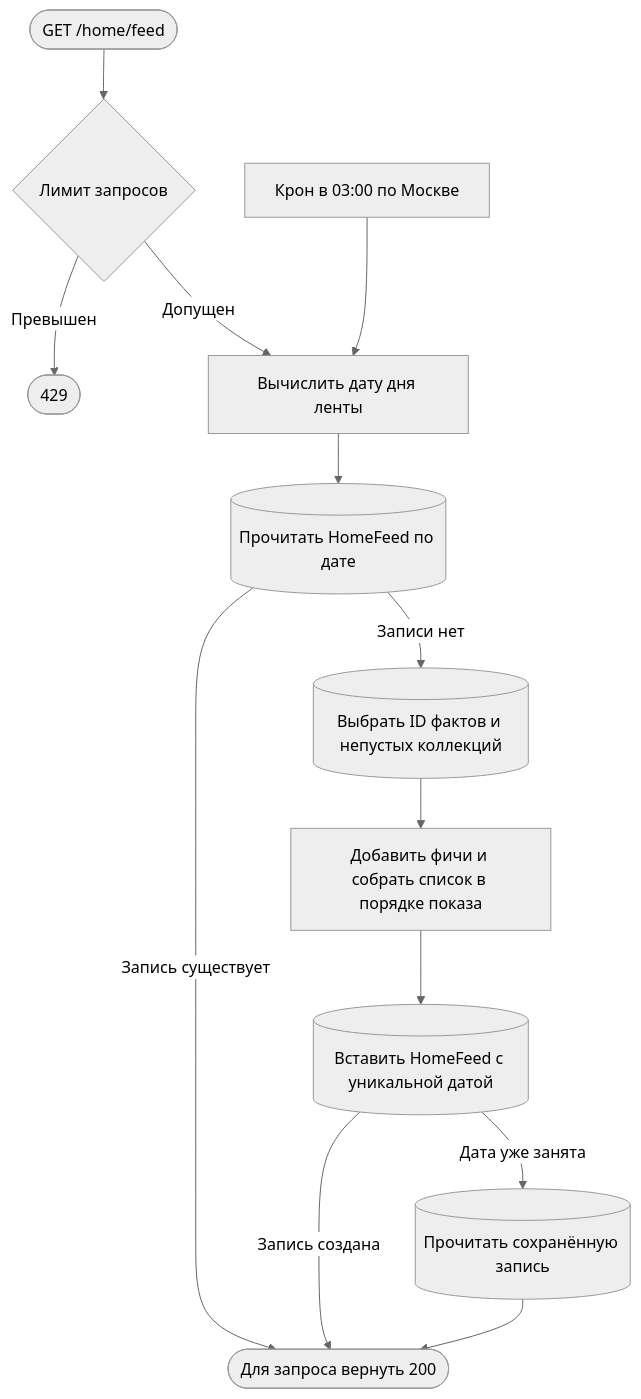
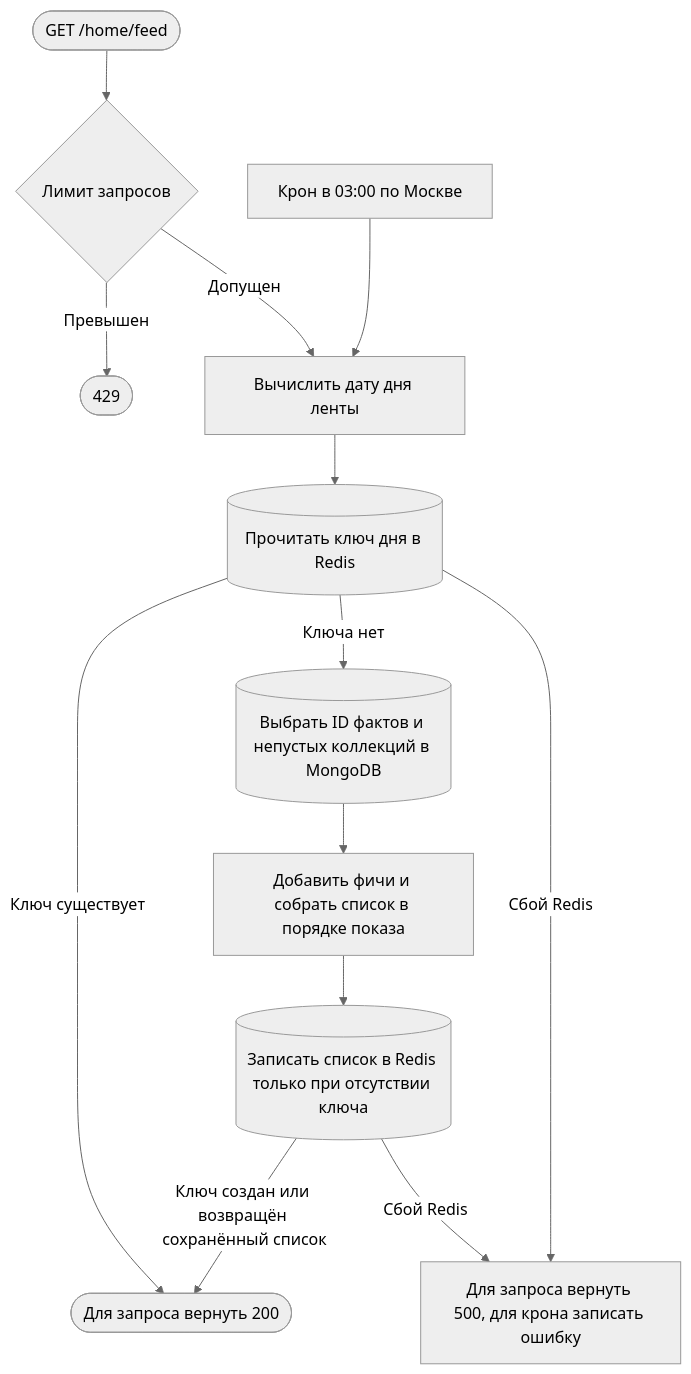
One commit to AmyGrooove/f95-tinder changed the first of 6 diagrams in apps/api/public/docs/api/requestFlows/catalog.md. Above: the diagram before and after it, drawn with Mermaid (neutral theme). The commit also changed other lines of this file and 187 other files, not shown here.

````diff
--- a/apps/api/public/docs/api/requestFlows/catalog.md
+++ b/apps/api/public/docs/api/requestFlows/catalog.md
@@ -20,17 +20,17 @@
 ```mermaid
 flowchart TD
     accTitle: Подготовка и чтение дневной ленты
-    accDescr: Крон и запрос читают запись по дате. При её отсутствии выборка сохраняется один раз.
+    accDescr: Крон и запрос читают ключ Redis по дате. При отсутствии ключа Redis сохраняет первый список или возвращает уже сохранённый.
     A(["GET /home/feed"]):::http --> G{"Лимит запросов"}:::action
     G -->|Превышен| L(["429"]):::http
     G -->|Допущен| B["Вычислить дату дня ленты"]:::action
     C["Крон в 03:00 по Москве"]:::action --> B
-    B --> D[("Прочитать HomeFeed по дате")]:::data
-    D -->|Запись существует| R(["Для запроса вернуть 200"]):::http
-    D -->|Записи нет| E[("Выбрать ID фактов и непустых коллекций")]:::data
+    B --> D[("Прочитать ключ дня в Redis")]:::data
+    D -->|Ключ существует| R(["Для запроса вернуть 200"]):::http
+    D -->|Ключа нет| E[("Выбрать ID фактов и непустых коллекций в MongoDB")]:::data
     E --> F["Добавить фичи и собрать список в порядке показа"]:::action
-    F --> H[("Вставить HomeFeed с уникальной датой")]:::data
-    H -->|Запись создана| R
-    H -->|Дата уже занята| J[("Прочитать сохранённую запись")]:::data
-    J --> R
+    F --> H[("Записать список в Redis только при отсутствии ключа")]:::data
+    H -->|Ключ создан или возвращён сохранённый список| R
+    D -->|Сбой Redis| X["Для запроса вернуть 500, для крона записать ошибку"]:::action
+    H -->|Сбой Redis| X
 ```
````
